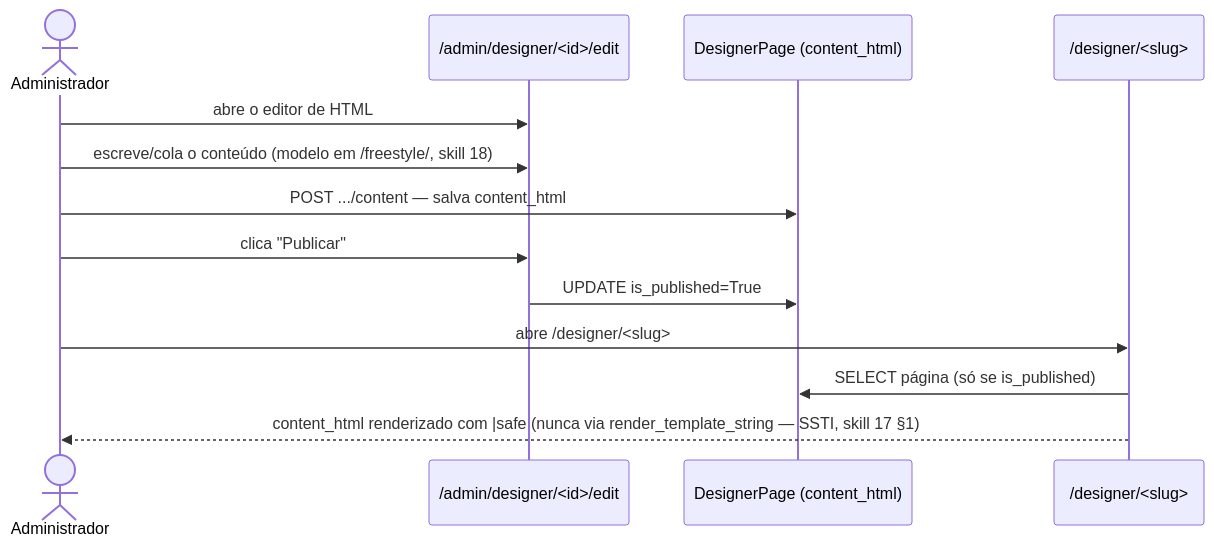
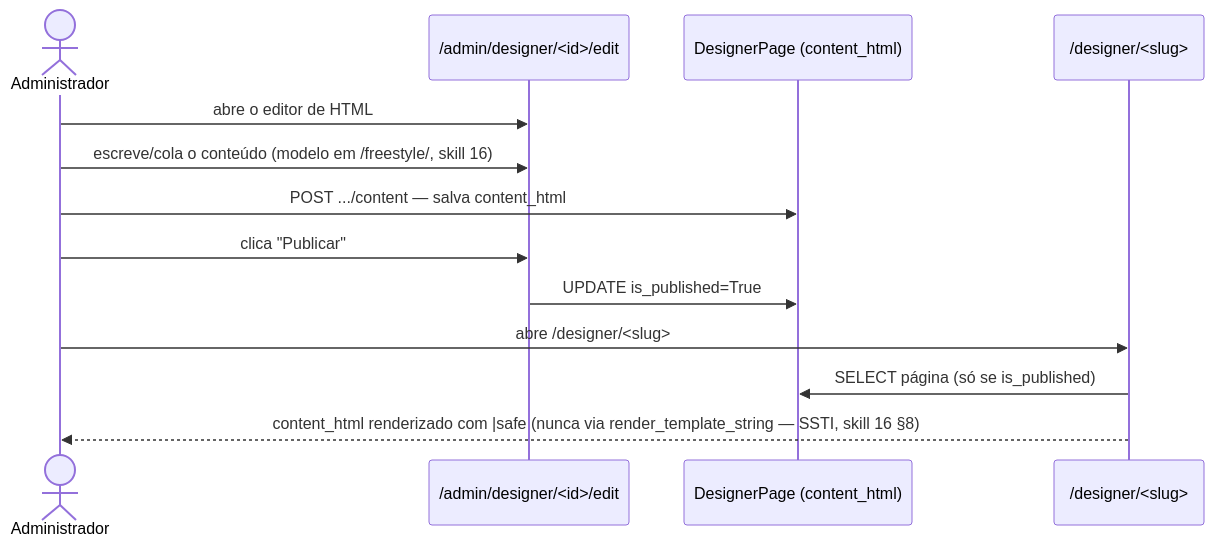
The fifth of 15 diagrams in docs/technical/03-fluxos.md (ChristopherNicolasSMM/Tesseract), drawn with Mermaid before and after one commit. The commit also changed other lines of this file and 15 other files, not shown here.

````diff
--- a/docs/technical/03-fluxos.md
+++ b/docs/technical/03-fluxos.md
@@ -95,16 +95,16 @@
 ```mermaid
 sequenceDiagram
     actor Admin as Administrador
     participant Editor as /admin/designer/<id>/edit
     participant DB as DesignerPage (content_html)
     participant Runtime as /designer/<slug>
 
     Admin->>Editor: abre o editor de HTML
-    Admin->>Editor: escreve/cola o conteúdo (modelo em /freestyle/, skill 18)
+    Admin->>Editor: escreve/cola o conteúdo (modelo em /freestyle/, skill 16)
     Admin->>DB: POST .../content — salva content_html
     Admin->>Editor: clica "Publicar"
     Editor->>DB: UPDATE is_published=True
     Admin->>Runtime: abre /designer/<slug>
     Runtime->>DB: SELECT página (só se is_published)
-    Runtime-->>Admin: content_html renderizado com |safe (nunca via render_template_string — SSTI, skill 17 §1)
+    Runtime-->>Admin: content_html renderizado com |safe (nunca via render_template_string — SSTI, skill 16 §8)
 ```
````
